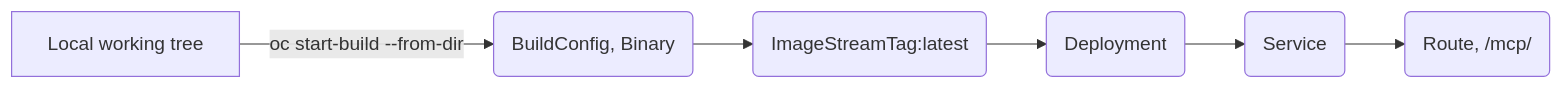
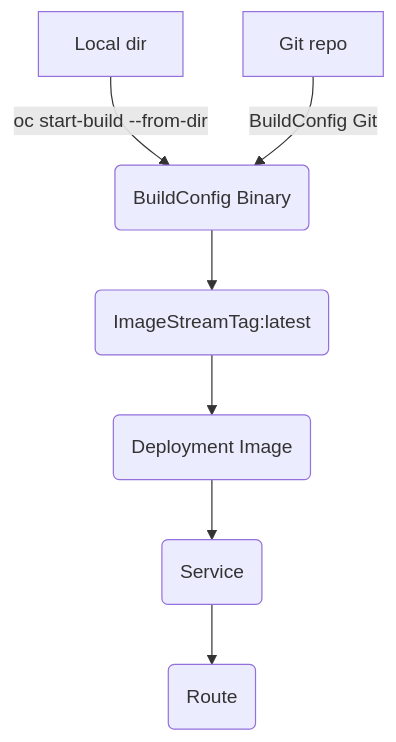
One commit to fips-agents/examples changed the third of 4 diagrams in calculus-helper/ARCHITECTURE.md. Above: the diagram before and after it, drawn with Mermaid. The commit also changed other lines of this file and 60 other files, not shown here.

````diff
--- a/calculus-helper/ARCHITECTURE.md
+++ b/calculus-helper/ARCHITECTURE.md
@@ -110,8 +81,9 @@
 ```mermaid
-flowchart LR
-  Local[Local working tree] -->|oc start-build --from-dir| BC(BuildConfig, Binary)
-  BC --> IST(ImageStreamTag:latest)
-  IST --> Dep(Deployment)
-  Dep --> Svc(Service)
-  Svc --> Rt(Route, /mcp/)
+flowchart TD
+  L[Local dir] -->|oc start-build --from-dir| B(BuildConfig Binary)
+  R[Git repo] -->|BuildConfig Git| B
+  B --> I(ImageStreamTag:latest)
+  I --> K(Deployment Image)
+  K --> S(Service)
+  S --> Rt(Route)
 ```
````
